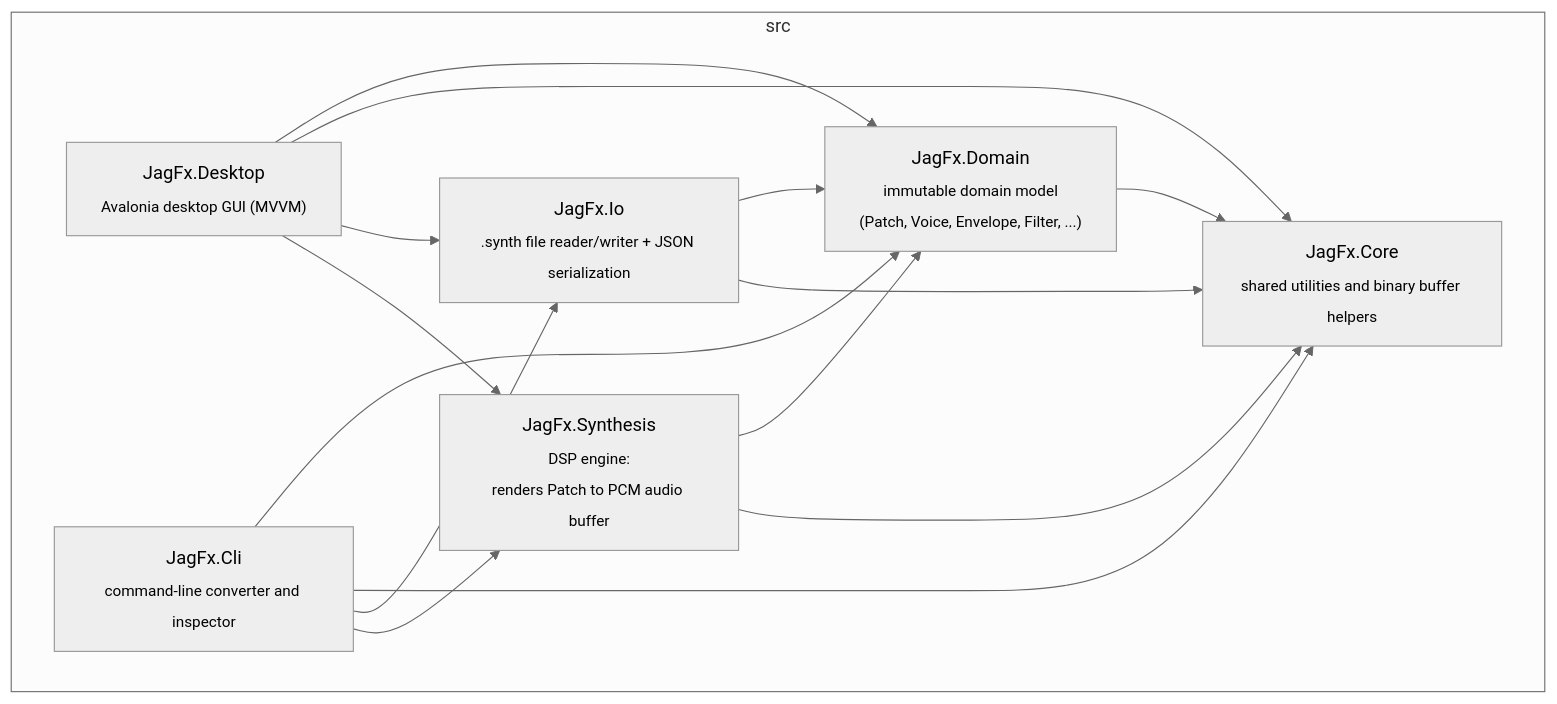
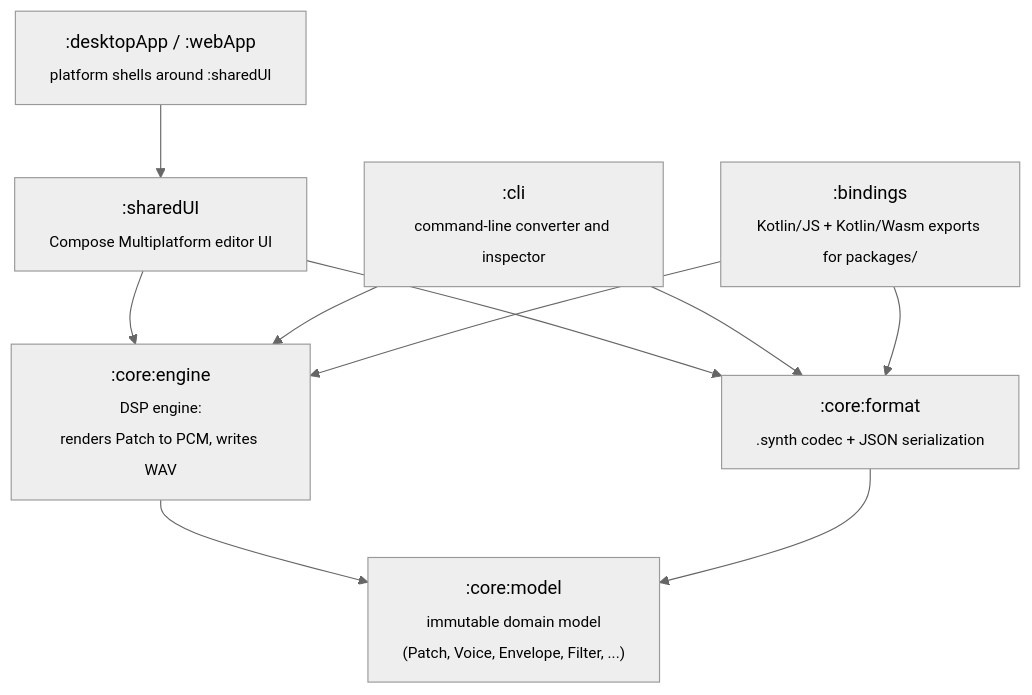
One commit to xsyetopz/JagFx changed the diagram in README.md. Above: the diagram before and after it, drawn with Mermaid (neutral theme). The commit also changed other lines of this file and 472 other files, not shown here.

Commit message:
feat!: port JagFx to Kotlin Multiplatform

````diff
--- a/README.md
+++ b/README.md
@@ -41,29 +43,20 @@
 ```mermaid
 flowchart TD
-    subgraph src
-        JagFX_Domain["JagFx.Domain<br/><sub>immutable domain model<br/>(Patch, Voice, Envelope, Filter, ...)</sub>"]
-        JagFX_Core["JagFx.Core<br/><sub>shared utilities and binary buffer helpers</sub>"]
-        JagFX_Io["JagFx.Io<br/><sub>.synth file reader/writer + JSON serialization</sub>"]
-        JagFX_Synth["JagFx.Synthesis<br/><sub>DSP engine:<br/>renders Patch to PCM audio buffer</sub>"]
-        JagFX_Desktop["JagFx.Desktop<br/><sub>Avalonia desktop GUI (MVVM)</sub>"]
-        JagFX_Cli["JagFx.Cli<br/><sub>command-line converter and inspector</sub>"]
-    end
+    Model[":core:model<br/><sub>immutable domain model<br/>(Patch, Voice, Envelope, Filter, ...)</sub>"]
+    Format[":core:format<br/><sub>.synth codec + JSON serialization</sub>"]
+    Engine[":core:engine<br/><sub>DSP engine:<br/>renders Patch to PCM, writes WAV</sub>"]
+    UI[":sharedUI<br/><sub>Compose Multiplatform editor UI</sub>"]
+    Apps[":desktopApp / :webApp<br/><sub>platform shells around :sharedUI</sub>"]
+    Cli[":cli<br/><sub>command-line converter and inspector</sub>"]
+    Bindings[":bindings<br/><sub>Kotlin/JS + Kotlin/Wasm exports for packages/</sub>"]
 
-    JagFX_Desktop --> JagFX_Domain
-    JagFX_Desktop --> JagFX_Core
-    JagFX_Desktop --> JagFX_Io
-    JagFX_Desktop --> JagFX_Synth
-
-    JagFX_Cli --> JagFX_Domain
-    JagFX_Cli --> JagFX_Core
-    JagFX_Cli --> JagFX_Io
-    JagFX_Cli --> JagFX_Synth
-
-    JagFX_Synth --> JagFX_Domain
-    JagFX_Synth --> JagFX_Core
-
-    JagFX_Io --> JagFX_Domain
-    JagFX_Io --> JagFX_Core
-
-    JagFX_Domain --> JagFX_Core
+    Apps --> UI
+    UI --> Format
+    UI --> Engine
+    Cli --> Format
+    Cli --> Engine
+    Bindings --> Format
+    Bindings --> Engine
+    Engine --> Model
+    Format --> Model
 ```
````
